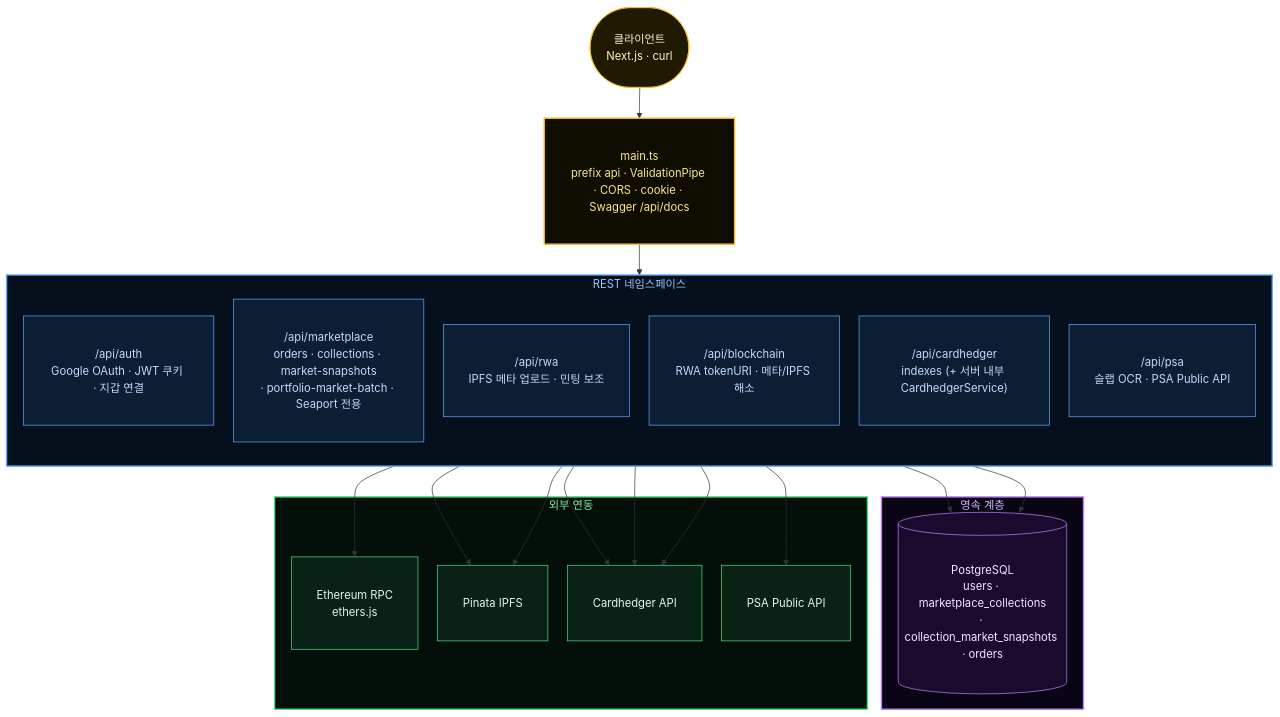
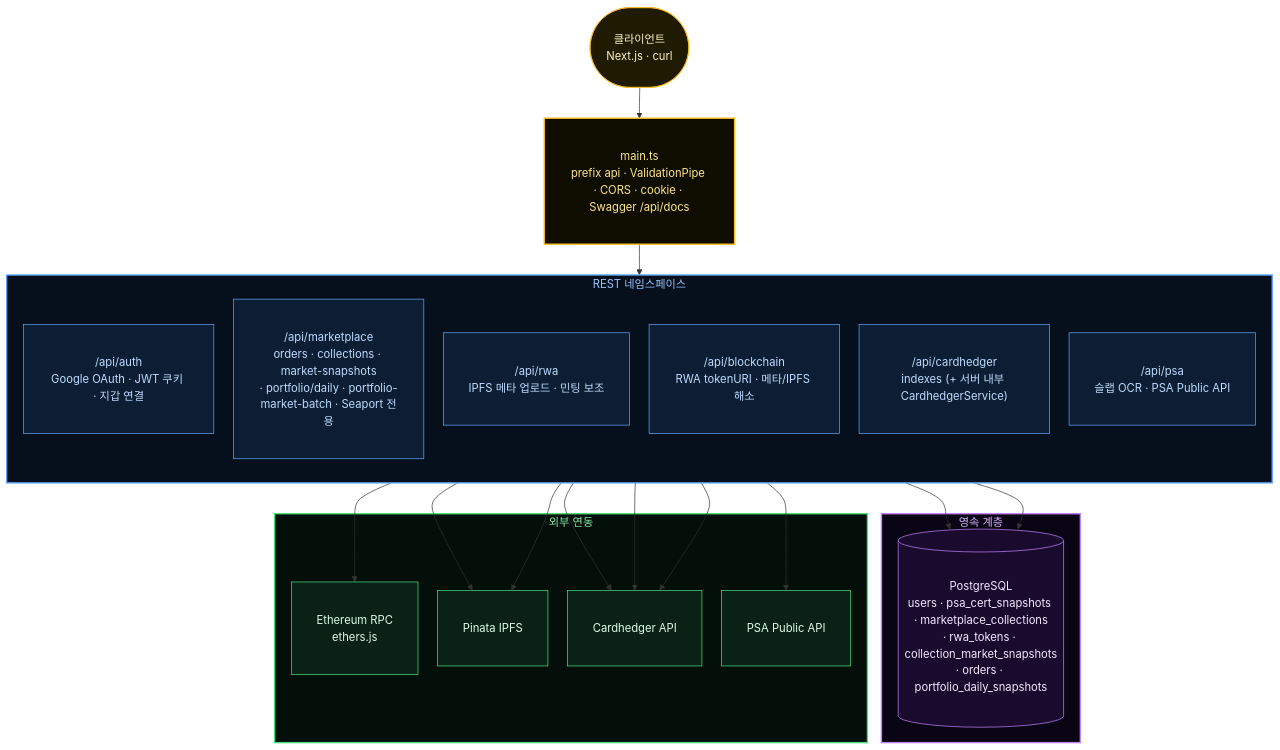
Before and after one commit to tokenable-dev/tokenable-dev: the ninth of 11 diagrams in docs/diagrams/marketplace-lifecycle.md, drawn with Mermaid. The commit also changed other lines of this file and 35 other files, not shown here.

````diff
--- a/docs/diagrams/marketplace-lifecycle.md
+++ b/docs/diagrams/marketplace-lifecycle.md
@@ -657,50 +650,50 @@
 ```mermaid
 %%{init: {'flowchart': {'rankSpacing': 44, 'nodeSpacing': 28, 'padding': 18}}}%%
 flowchart TD
     classDef entry fill:#1f1a00,stroke:#fbbf24,color:#fef3c7,padding:8px 14px
     classDef route fill:#0c1e33,stroke:#60a5fa,color:#bfdbfe,padding:8px 14px
     classDef data  fill:#1a0a2e,stroke:#c084fc,color:#f3e8ff,padding:8px 14px
     classDef ext   fill:#0a2215,stroke:#4ade80,color:#dcfce7,padding:8px 14px
 
     CLIENT(["클라이언트<br/>Next.js · curl"]):::entry
 
     GATE["main.ts<br/>prefix api · ValidationPipe · CORS · cookie · Swagger /api/docs"]:::entry
 
     subgraph REST ["REST 네임스페이스"]
         direction TB
         R_AUTH["/api/auth<br/>Google OAuth · JWT 쿠키 · 지갑 연결"]:::route
-        R_MKT["/api/marketplace<br/>orders · collections · market-snapshots<br/>· portfolio-market-batch · Seaport 전용"]:::route
+        R_MKT["/api/marketplace<br/>orders · collections · market-snapshots<br/>· portfolio/daily · portfolio-market-batch · Seaport 전용"]:::route
         R_RWA["/api/rwa<br/>IPFS 메타 업로드 · 민팅 보조"]:::route
         R_BC["/api/blockchain<br/>RWA tokenURI · 메타/IPFS 해소"]:::route
         R_CH["/api/cardhedger<br/>indexes (+ 서버 내부 CardhedgerService)"]:::route
         R_PSA["/api/psa<br/>슬랩 OCR · PSA Public API"]:::route
     end
 
     subgraph PERSIST ["영속 계층"]
-        PG[("PostgreSQL<br/>users · marketplace_collections<br/>· collection_market_snapshots · orders")]:::data
+        PG[("PostgreSQL<br/>users · psa_cert_snapshots · marketplace_collections<br/>· rwa_tokens · collection_market_snapshots<br/>· orders · portfolio_daily_snapshots")]:::data
     end
 
     subgraph OUT ["외부 연동"]
         ETH["Ethereum RPC<br/>ethers.js"]:::ext
         PIN["Pinata IPFS"]:::ext
         CH["Cardhedger API"]:::ext
         PSAHTTP["PSA Public API"]:::ext
     end
 
     CLIENT --> GATE
     GATE --> REST
     R_MKT --> PG
     R_MKT --> CH
     R_AUTH --> PG
     R_RWA --> PIN
     R_BC --> ETH
     R_CH --> CH
     R_PSA --> PIN
     R_PSA --> CH
     R_PSA --> PSAHTTP
 
     style GATE fill:#0f0d00,stroke:#fbbf24,stroke-width:2px,color:#fde68a
     style REST fill:#060f1c,stroke:#60a5fa,stroke-width:2px,color:#93c5fd
     style PERSIST fill:#090514,stroke:#c084fc,stroke-width:2px,color:#d8b4fe
     style OUT fill:#030f08,stroke:#4ade80,stroke-width:2px,color:#86efac
 ```
````
